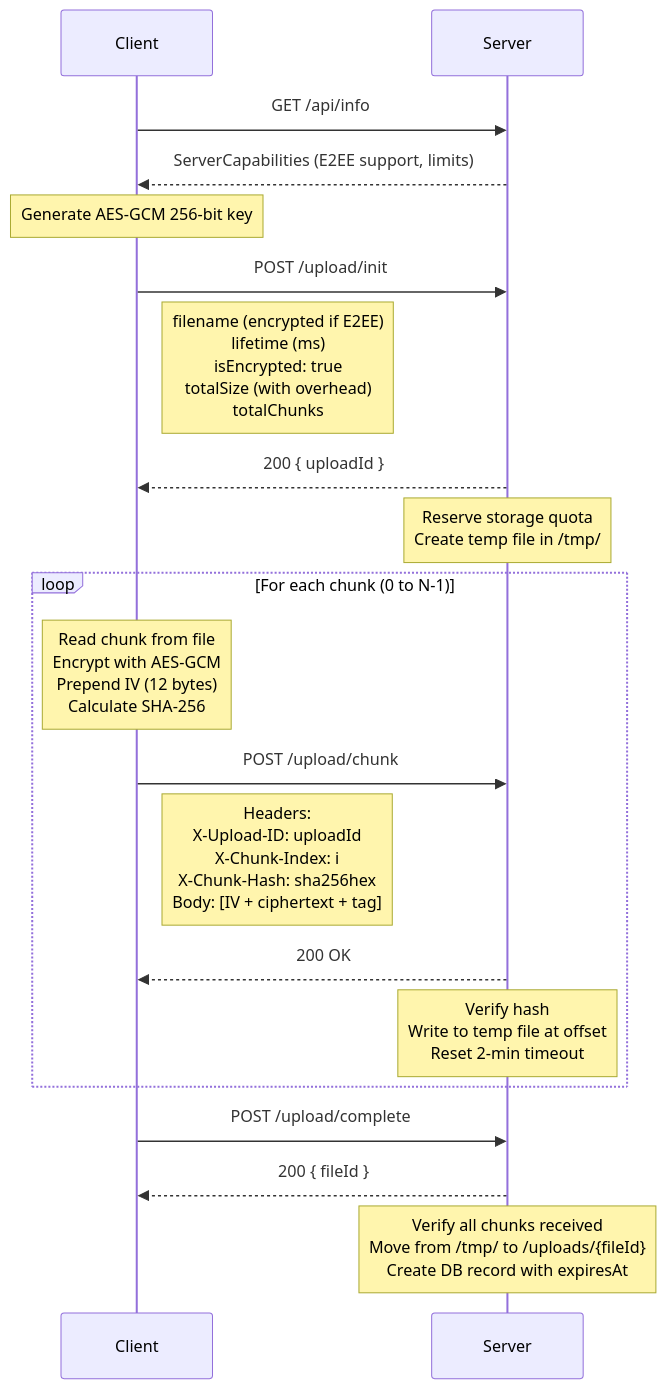
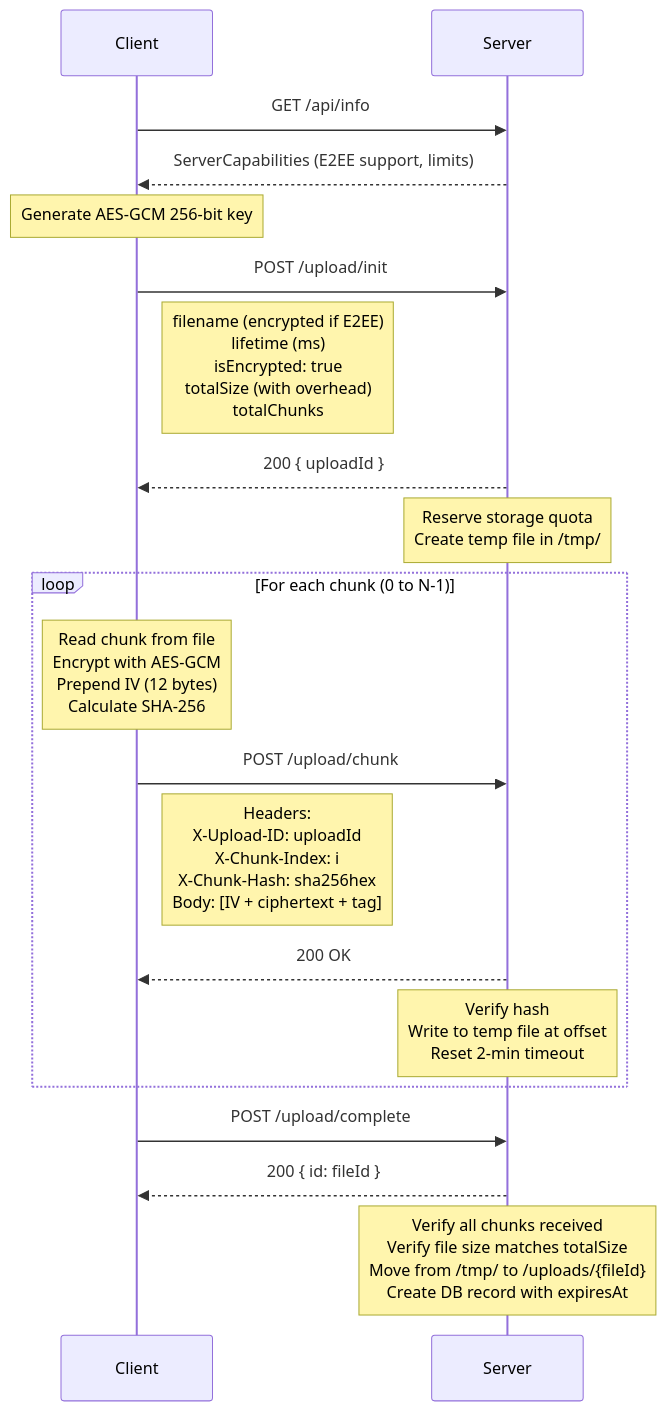
Before and after one commit to WillTDA/Dropgate: the first of 3 diagrams in docs/technical/DGUP-PROTOCOL.md, drawn with Mermaid. The commit also changed other lines of this file and 5 other files, not shown here.

````diff
--- a/docs/technical/DGUP-PROTOCOL.md
+++ b/docs/technical/DGUP-PROTOCOL.md
@@ -186,27 +186,27 @@
 ```mermaid
 sequenceDiagram
     participant Client
     participant Server
 
     Client->>Server: GET /api/info
     Server-->>Client: ServerCapabilities (E2EE support, limits)
 
     Note over Client: Generate AES-GCM 256-bit key
 
     Client->>Server: POST /upload/init
     Note right of Client: filename (encrypted if E2EE)<br/>lifetime (ms)<br/>isEncrypted: true<br/>totalSize (with overhead)<br/>totalChunks
     Server-->>Client: 200 { uploadId }
     Note over Server: Reserve storage quota<br/>Create temp file in /tmp/
 
     loop For each chunk (0 to N-1)
         Note over Client: Read chunk from file<br/>Encrypt with AES-GCM<br/>Prepend IV (12 bytes)<br/>Calculate SHA-256
         Client->>Server: POST /upload/chunk
         Note right of Client: Headers:<br/>X-Upload-ID: uploadId<br/>X-Chunk-Index: i<br/>X-Chunk-Hash: sha256hex<br/>Body: [IV + ciphertext + tag]
         Server-->>Client: 200 OK
         Note over Server: Verify hash<br/>Write to temp file at offset<br/>Reset 2-min timeout
     end
 
     Client->>Server: POST /upload/complete
-    Server-->>Client: 200 { fileId }
-    Note over Server: Verify all chunks received<br/>Move from /tmp/ to /uploads/{fileId}<br/>Create DB record with expiresAt
+    Server-->>Client: 200 { id: fileId }
+    Note over Server: Verify all chunks received<br/>Verify file size matches totalSize<br/>Move from /tmp/ to /uploads/{fileId}<br/>Create DB record with expiresAt
 ```
````
